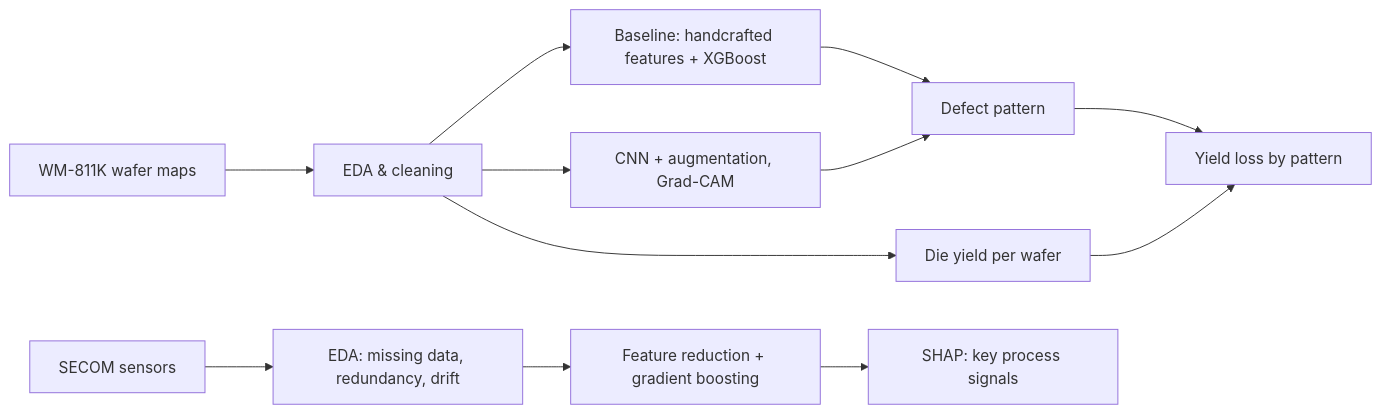
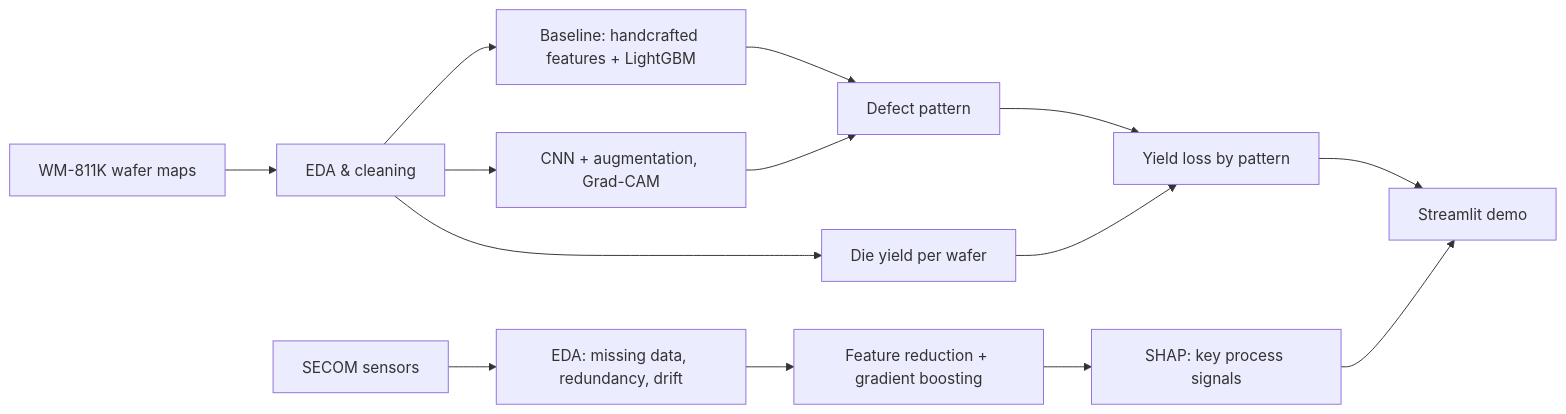
The diagram in README.md (join8112/wafer-yield-portfolio), drawn with Mermaid before and after one commit. The commit also changed other lines of this file and 19 other files, not shown here.

Commit message:
Step 4: yield by pattern and Streamlit demo

````diff
--- a/README.md
+++ b/README.md
@@ -31,13 +32,14 @@
 ```mermaid
 flowchart LR
     A[WM-811K wafer maps] --> B[EDA & cleaning]
-    B --> C[Baseline: handcrafted features + XGBoost]
+    B --> C[Baseline: handcrafted features + LightGBM]
     B --> D[CNN + augmentation, Grad-CAM]
     C & D --> E[Defect pattern]
     B --> F[Die yield per wafer]
     E & F --> G[Yield loss by pattern]
+    G & K --> L[Streamlit demo]
 
     H[SECOM sensors] --> I[EDA: missing data, redundancy, drift]
     I --> J[Feature reduction + gradient boosting]
     J --> K[SHAP: key process signals]
 ```
````
